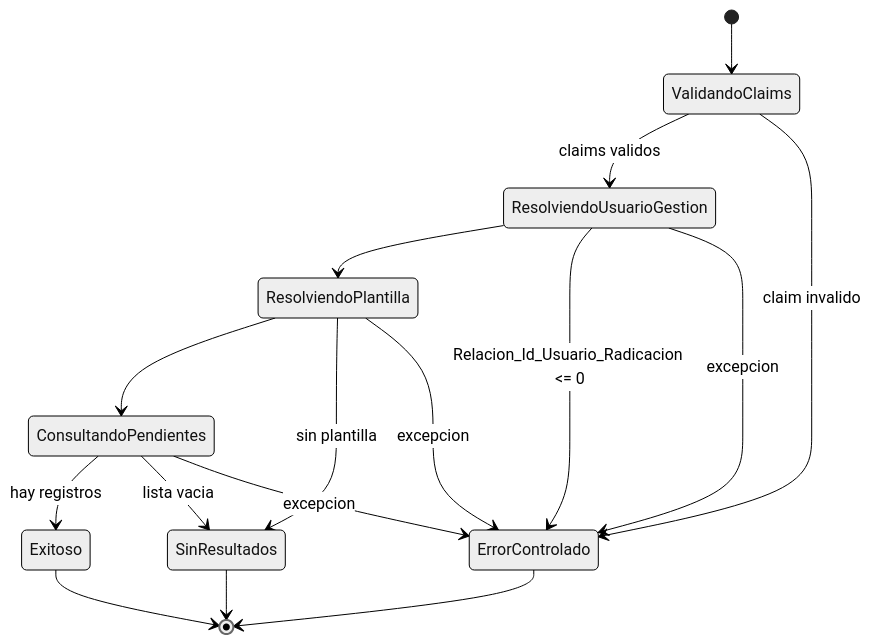
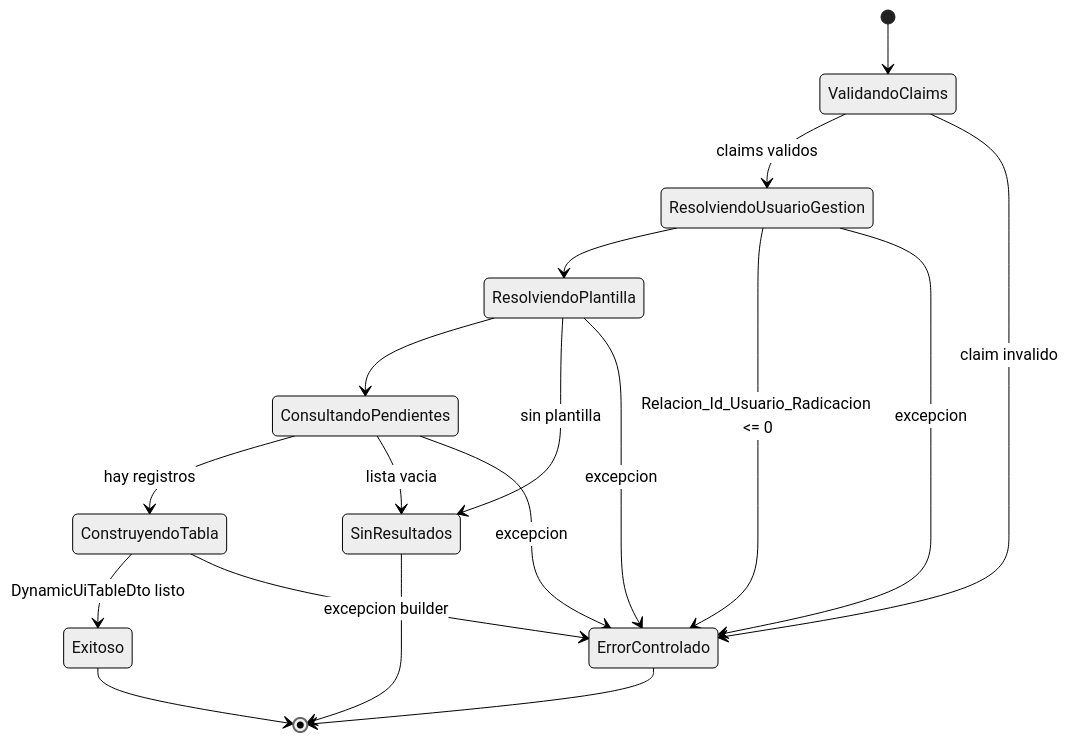
Before and after one commit to miguelurueta/DocuArchiCore: the fourth of 4 diagrams in Docs/Radicacion/Tramite/SCRUM-30-Diagramas.md, drawn with Mermaid (neutral theme). The commit also changed other lines of this file and 7 other files, not shown here.

Commit message:
test/docs: actualizar evidencia de radicados pendientes dynamic ui table

````diff
--- a/Docs/Radicacion/Tramite/SCRUM-30-Diagramas.md
+++ b/Docs/Radicacion/Tramite/SCRUM-30-Diagramas.md
@@ -75,18 +80,20 @@
 ```mermaid
 stateDiagram-v2
     [*] --> ValidandoClaims
     ValidandoClaims --> ResolviendoUsuarioGestion: claims validos
     ValidandoClaims --> ErrorControlado: claim invalido
     ResolviendoUsuarioGestion --> ResolviendoPlantilla
     ResolviendoUsuarioGestion --> ErrorControlado: Relacion_Id_Usuario_Radicacion <= 0
     ResolviendoUsuarioGestion --> ErrorControlado: excepcion
     ResolviendoPlantilla --> ConsultandoPendientes
     ResolviendoPlantilla --> SinResultados: sin plantilla
     ResolviendoPlantilla --> ErrorControlado: excepcion
-    ConsultandoPendientes --> Exitoso: hay registros
+    ConsultandoPendientes --> ConstruyendoTabla: hay registros
     ConsultandoPendientes --> SinResultados: lista vacia
     ConsultandoPendientes --> ErrorControlado: excepcion
+    ConstruyendoTabla --> Exitoso: DynamicUiTableDto listo
+    ConstruyendoTabla --> ErrorControlado: excepcion builder
     Exitoso --> [*]
     SinResultados --> [*]
     ErrorControlado --> [*]
 ```
````
